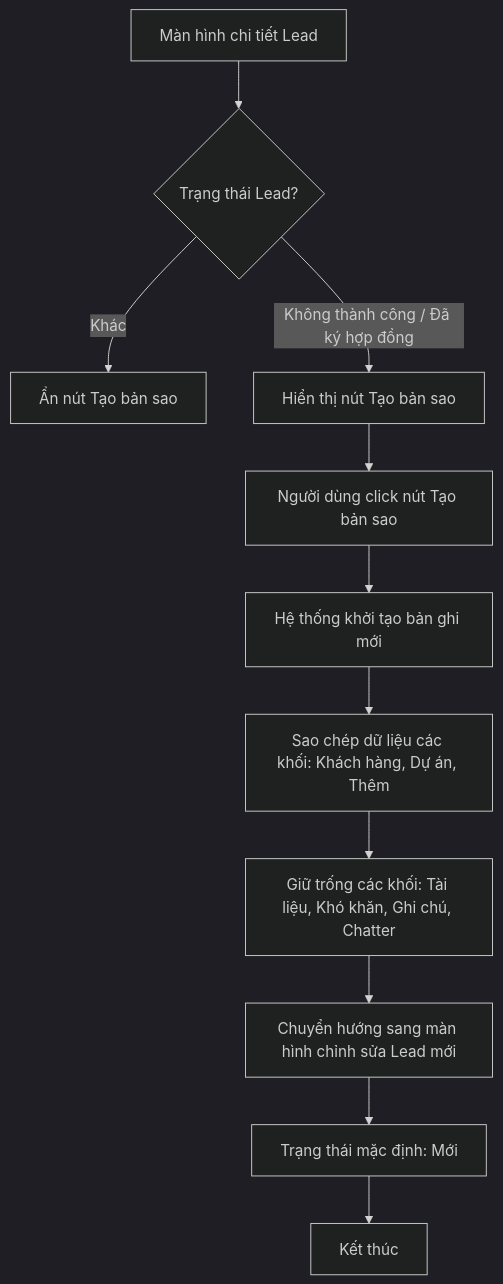
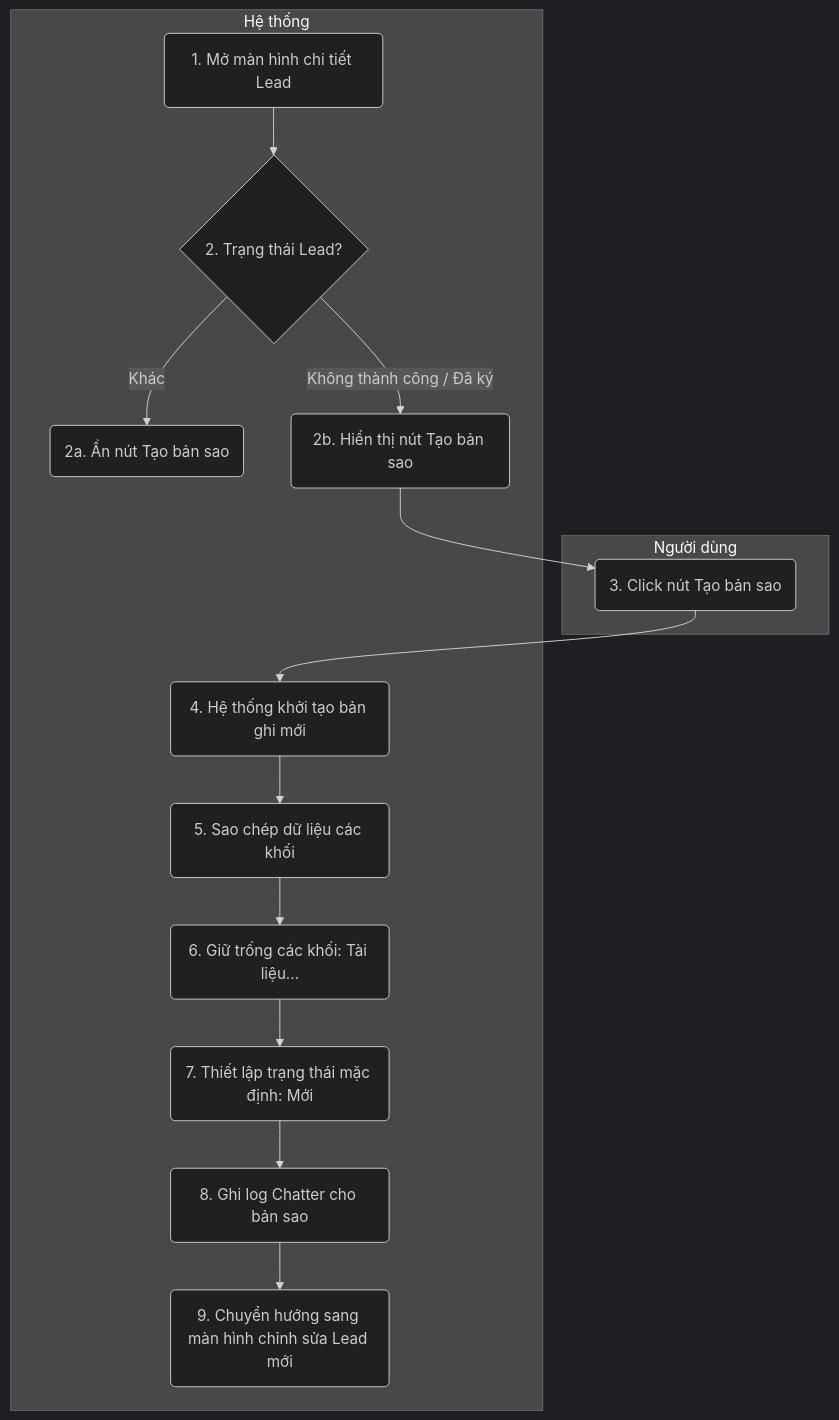
Before and after one commit to lyndao197/liteerp: the diagram in Prd_Tao_Ban_Sao_Lead.md, drawn with Mermaid (dark theme). The commit also changed other lines of this file and 4 other files, not shown here.

````diff
--- a/Prd_Tao_Ban_Sao_Lead.md
+++ b/Prd_Tao_Ban_Sao_Lead.md
@@ -13,13 +13,30 @@
 ```mermaid
 flowchart TD
-    A[Màn hình chi tiết Lead] --> B{Trạng thái Lead?}
-    B -->|Khác| C[Ẩn nút Tạo bản sao]
-    B -->|Không thành công / Đã ký hợp đồng| D[Hiển thị nút Tạo bản sao]
-    D --> E[Người dùng click nút Tạo bản sao]
-    E --> F[Hệ thống khởi tạo bản ghi mới]
-    F --> G[Sao chép dữ liệu các khối: Khách hàng, Dự án, Thêm]
-    G --> H[Giữ trống các khối: Tài liệu, Khó khăn, Ghi chú, Chatter]
-    H --> I[Chuyển hướng sang màn hình chỉnh sửa Lead mới]
-    I --> J[Trạng thái mặc định: Mới]
-    J --> K[Kết thúc]
+    subgraph User [Người dùng]
+        C(3. Click nút Tạo bản sao)
+    end
+
+    subgraph System [Hệ thống]
+        A(1. Mở màn hình chi tiết Lead)
+        B{2. Trạng thái Lead?}
+        B1(2a. Ẩn nút Tạo bản sao)
+        B2(2b. Hiển thị nút Tạo bản sao)
+        D(4. Hệ thống khởi tạo bản ghi mới)
+        E(5. Sao chép dữ liệu các khối)
+        F(6. Giữ trống các khối: Tài liệu...)
+        G(7. Thiết lập trạng thái mặc định: Mới)
+        H(8. Ghi log Chatter cho bản sao)
+        I(9. Chuyển hướng sang màn hình chỉnh sửa Lead mới)
+    end
+
+    A --> B
+    B -->|Khác| B1
+    B -->|Không thành công / Đã ký| B2
+    B2 --> C
+    C --> D
+    D --> E
+    E --> F
+    F --> G
+    G --> H
+    H --> I
 ```
````
